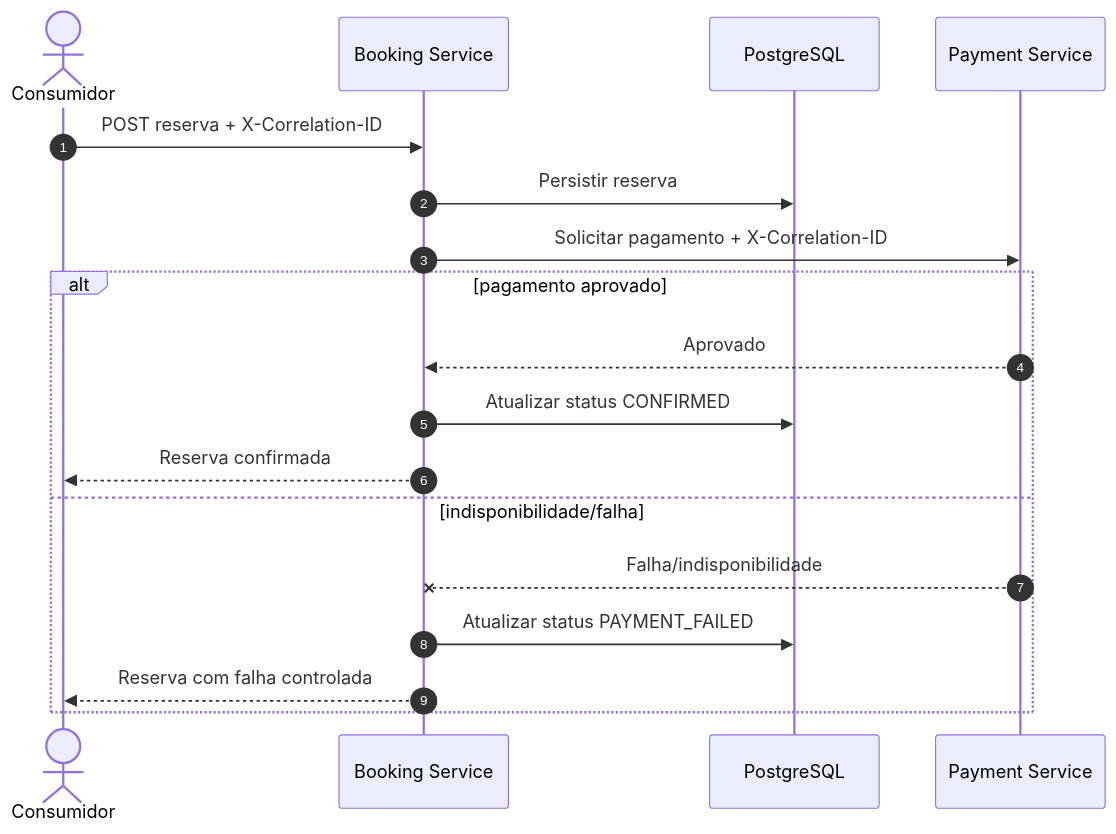
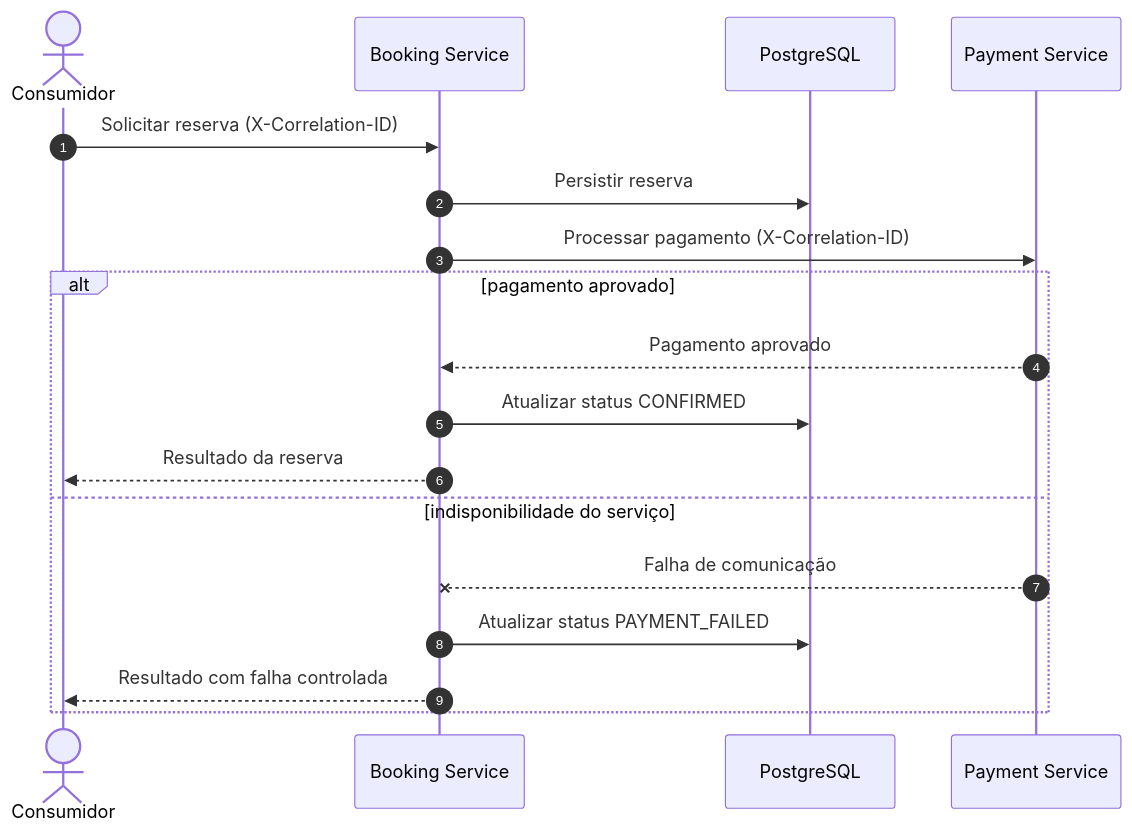
One commit to jaquelineleite/karate-api-quality-engineering changed the first of 3 diagrams in docs/uml/README.md. Above: the diagram before and after it, drawn with Mermaid. The commit also changed other lines of this file, not shown here.

Commit message:
docs: present UML as product architecture documentation, not beginner study

````diff
--- a/docs/uml/README.md
+++ b/docs/uml/README.md
@@ -26,20 +17,20 @@
 ```mermaid
 sequenceDiagram
     autonumber
     actor Consumidor
     participant Booking as Booking Service
     participant DB as PostgreSQL
     participant Payment as Payment Service
-    Consumidor->>Booking: POST reserva + X-Correlation-ID
+    Consumidor->>Booking: Solicitar reserva (X-Correlation-ID)
     Booking->>DB: Persistir reserva
-    Booking->>Payment: Solicitar pagamento + X-Correlation-ID
+    Booking->>Payment: Processar pagamento (X-Correlation-ID)
     alt pagamento aprovado
-        Payment-->>Booking: Aprovado
+        Payment-->>Booking: Pagamento aprovado
         Booking->>DB: Atualizar status CONFIRMED
-        Booking-->>Consumidor: Reserva confirmada
-    else indisponibilidade/falha
-        Payment--xBooking: Falha/indisponibilidade
+        Booking-->>Consumidor: Resultado da reserva
+    else indisponibilidade do serviço
+        Payment--xBooking: Falha de comunicação
         Booking->>DB: Atualizar status PAYMENT_FAILED
-        Booking-->>Consumidor: Reserva com falha controlada
+        Booking-->>Consumidor: Resultado com falha controlada
     end
 ```
````
